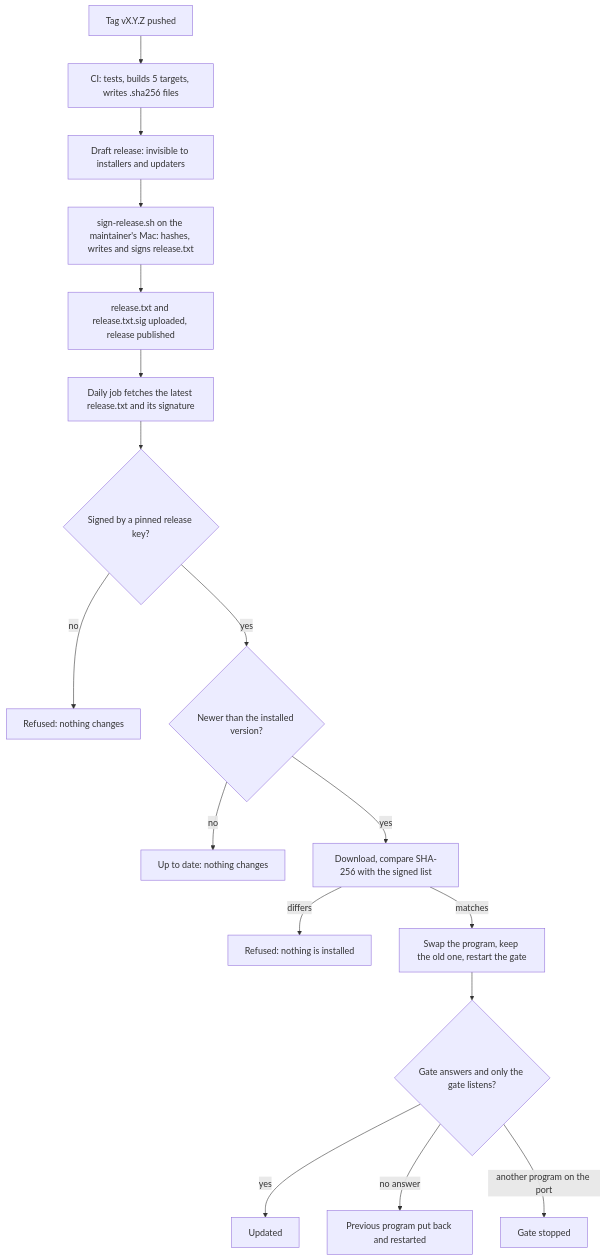
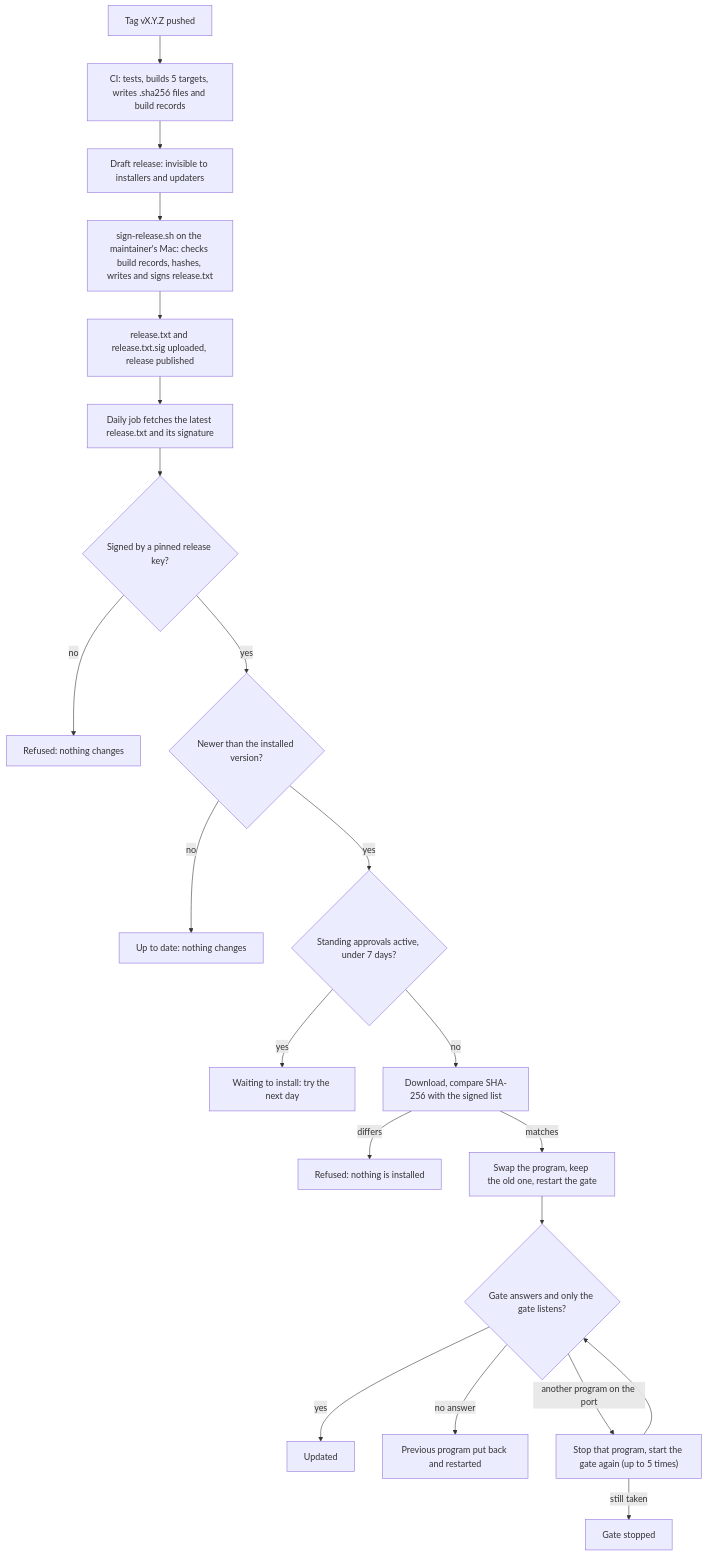
Before and after one commit to Phygital-Key/phygital-key: the fourth of 4 diagrams in docs/architecture.md, drawn with Mermaid. The commit also changed other lines of this file and 26 other files, not shown here.

````diff
--- a/docs/architecture.md
+++ b/docs/architecture.md
@@ -313,19 +313,23 @@
 ```mermaid
 flowchart TD
-    T["Tag vX.Y.Z pushed"] --> B["CI: tests, builds 5 targets, writes .sha256 files"]
+    T["Tag vX.Y.Z pushed"] --> B["CI: tests, builds 5 targets, writes .sha256 files and build records"]
     B --> D["Draft release: invisible to installers and updaters"]
-    D --> S["sign-release.sh on the maintainer's Mac: hashes, writes and signs release.txt"]
+    D --> S["sign-release.sh on the maintainer's Mac: checks build records, hashes, writes and signs release.txt"]
     S --> P["release.txt and release.txt.sig uploaded, release published"]
     P --> F["Daily job fetches the latest release.txt and its signature"]
     F --> K{"Signed by a pinned release key?"}
     K -- no --> R1["Refused: nothing changes"]
     K -- yes --> N{"Newer than the installed version?"}
     N -- no --> U["Up to date: nothing changes"]
-    N -- yes --> H["Download, compare SHA-256 with the signed list"]
+    N -- yes --> SA{"Standing approvals active, under 7 days?"}
+    SA -- yes --> WT["Waiting to install: try the next day"]
+    SA -- no --> H["Download, compare SHA-256 with the signed list"]
     H -- "differs" --> R2["Refused: nothing is installed"]
     H -- "matches" --> W["Swap the program, keep the old one, restart the gate"]
     W --> C{"Gate answers and only the gate listens?"}
     C -- yes --> OK["Updated"]
     C -- "no answer" --> BACK["Previous program put back and restarted"]
-    C -- "another program on the port" --> STOP["Gate stopped"]
+    C -- "another program on the port" --> KILL["Stop that program, start the gate again (up to 5 times)"]
+    KILL --> C
+    KILL -- "still taken" --> STOP["Gate stopped"]
 ```
````
